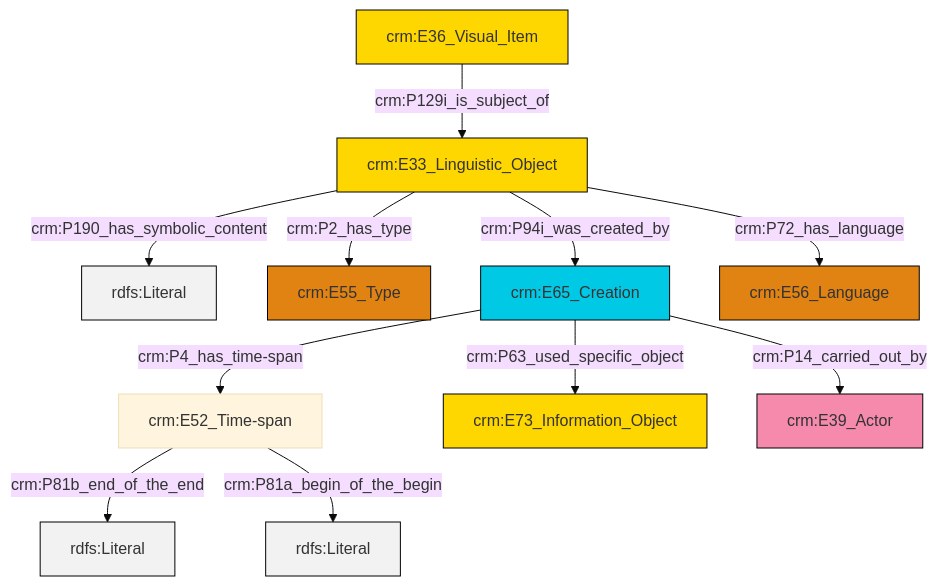
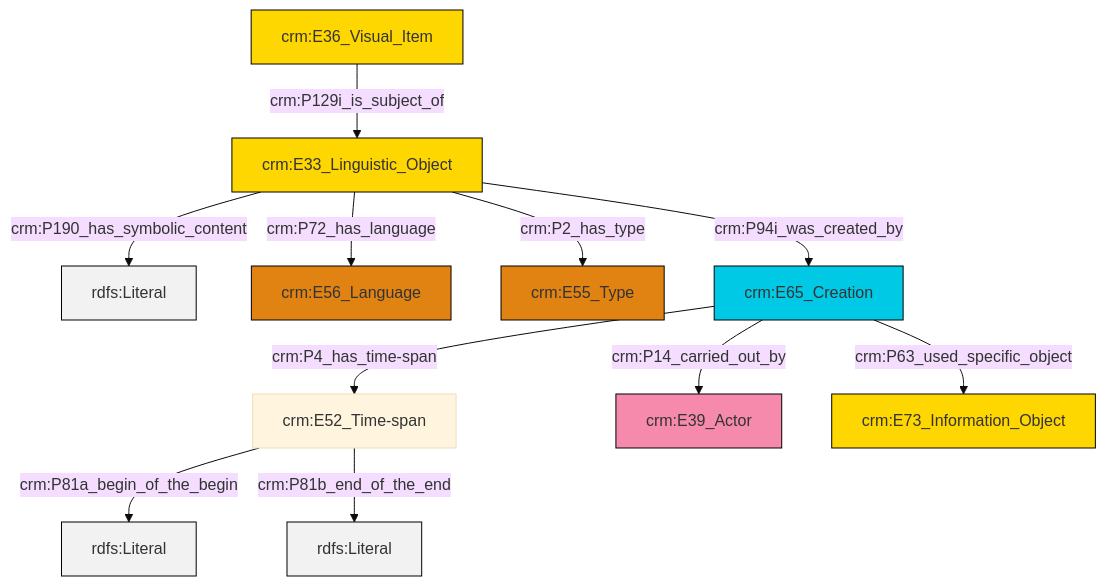
Before and after one commit to swiss-art-research-net/docs.swissartresearch: the diagram in et/imgCSV/ttl/mmd/img_desc.ttl.mmd, drawn with Mermaid (base theme). The commit also changed 178 other files, not shown here.

```diff
--- a/et/imgCSV/ttl/mmd/img_desc.ttl.mmd
+++ b/et/imgCSV/ttl/mmd/img_desc.ttl.mmd
@@ -1,25 +1,25 @@
 graph TD
 classDef Literal fill:#f2f2f2,stroke:#000000;
 classDef CRM_Entity fill:#FFFFFF,stroke:#000000;
 classDef Temporal_Entity fill:#00C9E6, stroke:#000000;
 classDef Type fill:#E18312, stroke:#000000;
 classDef Time-Span fill:#2C9C91, stroke:#000000;
 classDef Appellation fill:#FFEB7F, stroke:#000000;
 classDef Place fill:#008836, stroke:#000000;
 classDef Persistent_Item fill:#B266B2, stroke:#000000;
 classDef Conceptual_Object fill:#FFD700, stroke:#000000;
 classDef Physical_Thing fill:#D2B48C, stroke:#000000;
 classDef Actor fill:#f58aad, stroke:#000000;
 classDef PC_Classes fill:#4ce600, stroke:#000000;
 classDef Multi fill:#cccccc,stroke:#000000;
 
-0["crm:E33_Linguistic_Object"]:::Conceptual_Object -->|crm:P190_has_symbolic_content| 1[rdfs:Literal]:::Literal
-2["crm:E52_Time-span"]:::Default -->|crm:P81b_end_of_the_end| 3[rdfs:Literal]:::Literal
-0["crm:E33_Linguistic_Object"]:::Conceptual_Object -->|crm:P2_has_type| 4["crm:E55_Type"]:::Type
-2["crm:E52_Time-span"]:::Default -->|crm:P81a_begin_of_the_begin| 6[rdfs:Literal]:::Literal
-0["crm:E33_Linguistic_Object"]:::Conceptual_Object -->|crm:P94i_was_created_by| 9["crm:E65_Creation"]:::Temporal_Entity
-9["crm:E65_Creation"]:::Temporal_Entity -->|crm:P4_has_time-span| 2["crm:E52_Time-span"]:::Default
-9["crm:E65_Creation"]:::Temporal_Entity -->|crm:P63_used_specific_object| 7["crm:E73_Information_Object"]:::Conceptual_Object
-11["crm:E36_Visual_Item"]:::Conceptual_Object -->|crm:P129i_is_subject_of| 0["crm:E33_Linguistic_Object"]:::Conceptual_Object
-0["crm:E33_Linguistic_Object"]:::Conceptual_Object -->|crm:P72_has_language| 13["crm:E56_Language"]:::Type
-9["crm:E65_Creation"]:::Temporal_Entity -->|crm:P14_carried_out_by| 16["crm:E39_Actor"]:::Actor
+0["crm:E36_Visual_Item"]:::Conceptual_Object -->|crm:P129i_is_subject_of| 1["crm:E33_Linguistic_Object"]:::Conceptual_Object
+1["crm:E33_Linguistic_Object"]:::Conceptual_Object -->|crm:P190_has_symbolic_content| 2[rdfs:Literal]:::Literal
+9["crm:E65_Creation"]:::Temporal_Entity -->|crm:P14_carried_out_by| 10["crm:E39_Actor"]:::Actor
+3["crm:E52_Time-span"]:::Default -->|crm:P81a_begin_of_the_begin| 11[rdfs:Literal]:::Literal
+9["crm:E65_Creation"]:::Temporal_Entity -->|crm:P4_has_time-span| 3["crm:E52_Time-span"]:::Default
+1["crm:E33_Linguistic_Object"]:::Conceptual_Object -->|crm:P2_has_type| 7["crm:E55_Type"]:::Type
+3["crm:E52_Time-span"]:::Default -->|crm:P81b_end_of_the_end| 15[rdfs:Literal]:::Literal
+1["crm:E33_Linguistic_Object"]:::Conceptual_Object -->|crm:P72_has_language| 5["crm:E56_Language"]:::Type
+9["crm:E65_Creation"]:::Temporal_Entity -->|crm:P63_used_specific_object| 13["crm:E73_Information_Object"]:::Conceptual_Object
+1["crm:E33_Linguistic_Object"]:::Conceptual_Object -->|crm:P94i_was_created_by| 9["crm:E65_Creation"]:::Temporal_Entity
```
